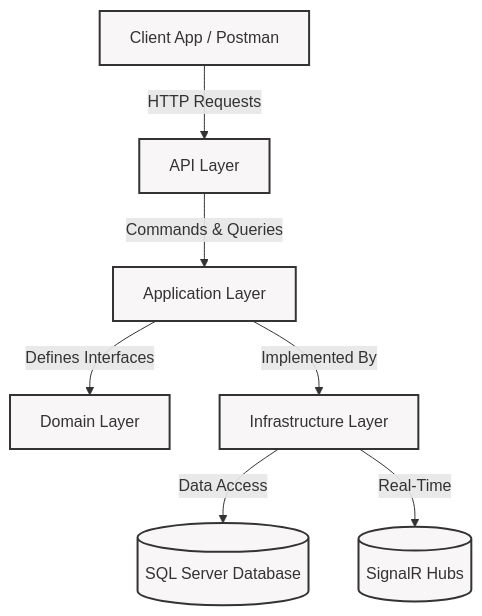
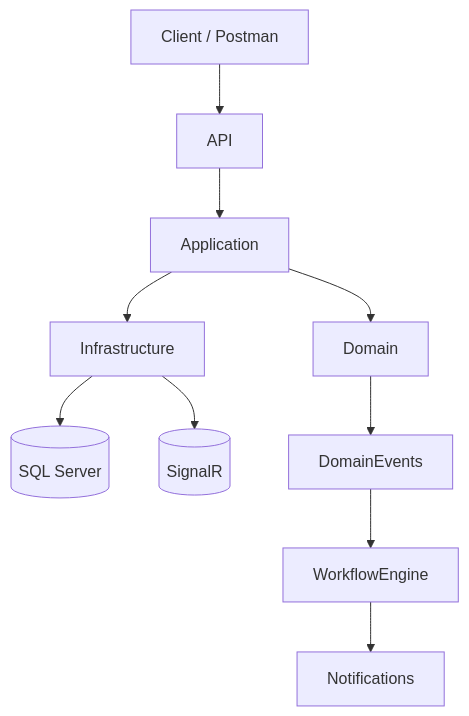
Before and after one commit to MuhammadBilal64/DevFlow: the first of 4 diagrams in README.md, drawn with Mermaid. The commit also changed other lines of this file, not shown here.

````diff
--- a/README.md
+++ b/README.md
@@ -113,11 +203,23 @@
 ```mermaid
 graph TD
-    Client[Client App / Postman] -->|HTTP Requests| API[API Layer]
-    API -->|Commands & Queries| App[Application Layer]
-    App -->|Defines Interfaces| Domain[Domain Layer]
-    App -->|Implemented By| Infra[Infrastructure Layer]
-    Infra -->|Data Access| DB[(SQL Server Database)]
-    Infra -->|Real-Time| SignalR[(SignalR Hubs)]
-    
-    classDef default fill:#f9f6f7,stroke:#333,stroke-width:2px;
+
+Client[Client / Postman]
+
+Client --> API
+
+API --> Application
+
+Application --> Domain
+
+Application --> Infrastructure
+
+Infrastructure --> SQL[(SQL Server)]
+
+Infrastructure --> SignalR[(SignalR)]
+
+Domain --> DomainEvents
+
+DomainEvents --> WorkflowEngine
+
+WorkflowEngine --> Notifications
 ```
````
